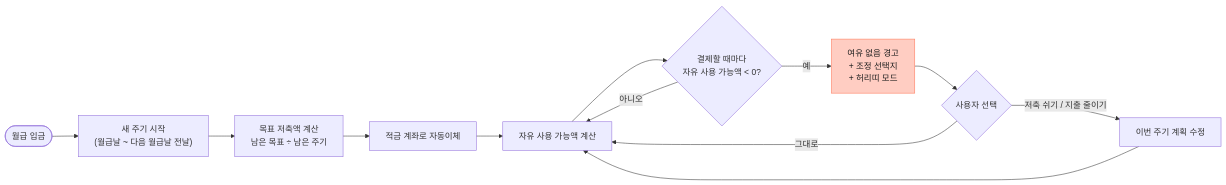
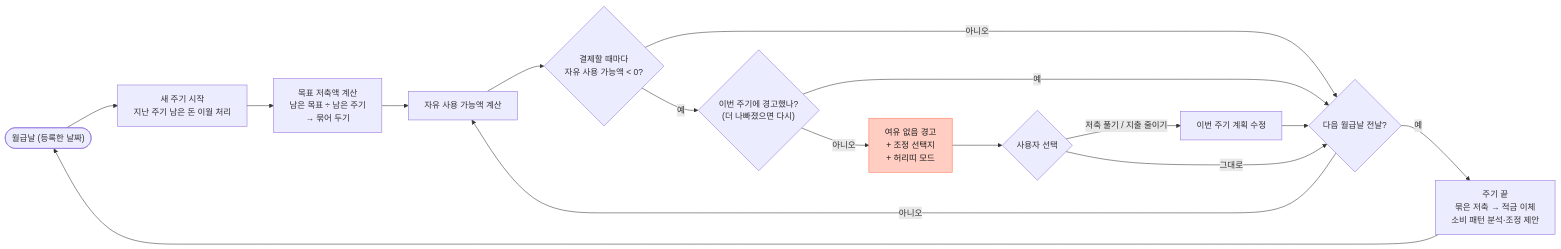
Before and after one commit to noviz-domino/avengers-bank-noviz: the eighth of 8 diagrams in docs/planning/user-flows.md, drawn with Mermaid. The commit also changed other lines of this file and 5 other files, not shown here.

````diff
--- a/docs/planning/user-flows.md
+++ b/docs/planning/user-flows.md
@@ -122,15 +126,19 @@
 ```mermaid
 flowchart LR
-    A([월급 입금]) --> B["새 주기 시작<br/>(월급날 ~ 다음 월급날 전날)"]
-    B --> C["목표 저축액 계산<br/>남은 목표 ÷ 남은 주기"]
-    C --> D[적금 계좌로 자동이체]
-    D --> E[자유 사용 가능액 계산]
+    A(["월급날 (등록한 날짜)"]) --> B["새 주기 시작<br/>지난 주기 남은 돈 이월 처리"]
+    B --> C["목표 저축액 계산<br/>남은 목표 ÷ 남은 주기<br/>→ 묶어 두기"]
+    C --> E[자유 사용 가능액 계산]
     E --> F{"결제할 때마다<br/>자유 사용 가능액 < 0?"}
-    F -- 아니오 --> E
-    F -- 예 --> G["여유 없음 경고<br/>+ 조정 선택지<br/>+ 허리띠 모드"]:::fail
+    F -- 아니오 --> N{다음 월급날 전날?}
+    F -- 예 --> W{"이번 주기에 경고했나?<br/>(더 나빠졌으면 다시)"}
+    W -- 아니오 --> G["여유 없음 경고<br/>+ 조정 선택지<br/>+ 허리띠 모드"]:::fail
+    W -- 예 --> N
     G --> H{사용자 선택}
-    H -- "저축 쉬기 / 지출 줄이기" --> I[이번 주기 계획 수정]
-    I --> E
-    H -- 그대로 --> E
+    H -- "저축 풀기 / 지출 줄이기" --> I[이번 주기 계획 수정]
+    I --> N
+    H -- 그대로 --> N
+    N -- 아니오 --> E
+    N -- 예 --> Z["주기 끝<br/>묶은 저축 → 적금 이체<br/>소비 패턴 분석·조정 제안"]
+    Z --> A
     classDef fail fill:#FFCDC2,stroke:#FF7556,color:#1E1E1E
 ```
````
